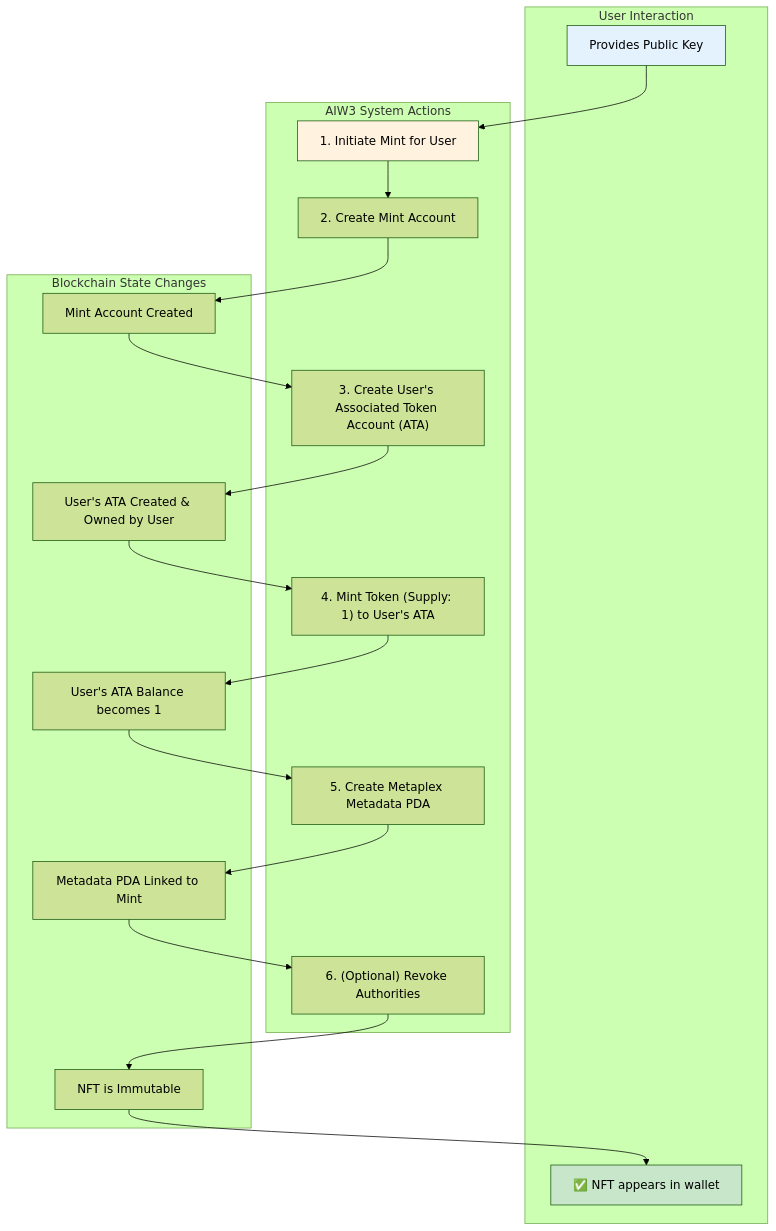
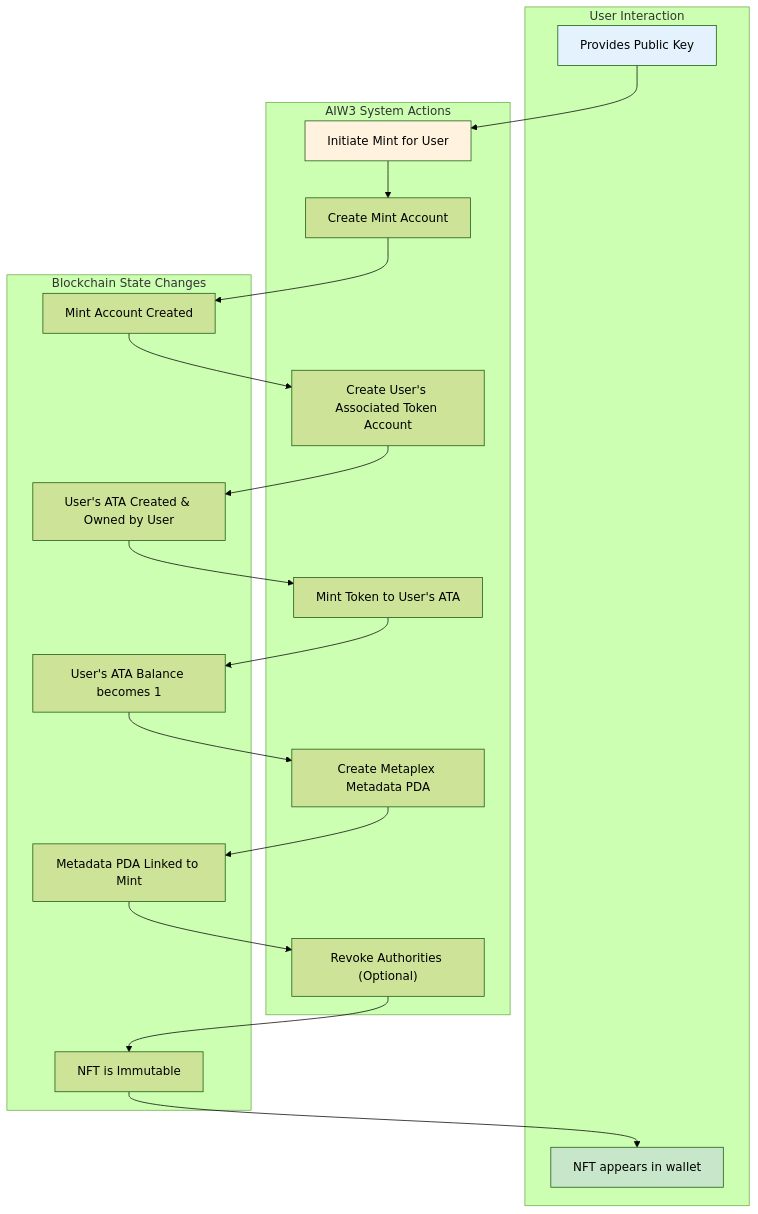
Before and after one commit to ljg-cqu/aiw3-nft-solana: the fourth of 5 diagrams in docs/AIW3 NFT Ecosystem Integration: Decentralized Level Storage and Authenticity Verification.md, drawn with Mermaid (forest theme). The commit also changed other lines of this file, not shown here.

First line of the commit message:
Enhances NFT documentation with detailed usage flows

````diff
--- a/docs/AIW3 NFT Ecosystem Integration: Decentralized Level Storage and Authenticity Verification.md
+++ b/docs/AIW3 NFT Ecosystem Integration: Decentralized Level Storage and Authenticity Verification.md
@@ -309,41 +309,41 @@
 ```mermaid
 flowchart TD
     subgraph "AIW3 System Actions"
-        A["1. Initiate Mint for User"]
-        B["2. Create Mint Account"]
-        C["3. Create User's Associated Token Account (ATA)"]
-        D["4. Mint Token (Supply: 1) to User's ATA"]
-        E["5. Create Metaplex Metadata PDA"]
-        F["6. (Optional) Revoke Authorities"]
+        A["Initiate Mint for User"]
+        B["Create Mint Account"]
+        C["Create User's Associated Token Account"]
+        D["Mint Token to User's ATA"]
+        E["Create Metaplex Metadata PDA"]
+        F["Revoke Authorities (Optional)"]
     end
 
     subgraph "User Interaction"
         G["Provides Public Key"]
-        H["✅ NFT appears in wallet"]
+        H["NFT appears in wallet"]
     end
 
     subgraph "Blockchain State Changes"
         I["Mint Account Created"]
         J["User's ATA Created & Owned by User"]
         K["User's ATA Balance becomes 1"]
         L["Metadata PDA Linked to Mint"]
         M["NFT is Immutable"]
     end
 
     G --> A
     A --> B
     B --> I
     I --> C
     C --> J
     J --> D
     D --> K
     K --> E
     E --> L
     L --> F
     F --> M
     M --> H
 
     style A fill:#fff3e0
     style G fill:#e3f2fd
     style H fill:#c8e6c9
 ```
````
